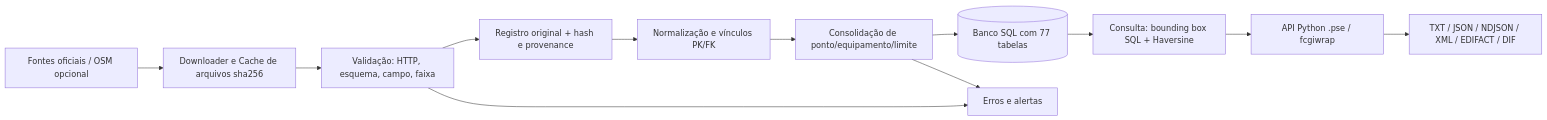
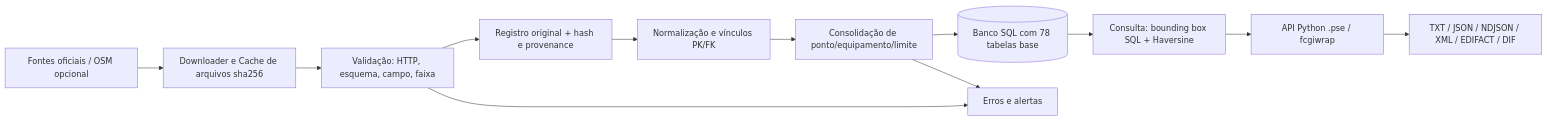
Before and after one commit to Challado/Bunda-de-Urso: the diagram in docs/DFD_MODELO.md, drawn with Mermaid. The commit also changed other lines of this file and 33 other files, not shown here.

````diff
--- a/docs/DFD_MODELO.md
+++ b/docs/DFD_MODELO.md
@@ -7,14 +7,14 @@
 ```mermaid
 flowchart LR
  F[Fontes oficiais / OSM opcional] --> D[Downloader e Cache de arquivos sha256]
  D --> V[Validação: HTTP, esquema, campo, faixa]
  V --> R[Registro original + hash e provenance]
  R --> N[Normalização e vínculos PK/FK]
  N --> U[Consolidação de ponto/equipamento/limite]
- U --> DB[(Banco SQL com 77 tabelas)]
+ U --> DB[(Banco SQL com 78 tabelas base)]
  DB --> Q[Consulta: bounding box SQL + Haversine]
  Q --> W[API Python .pse / fcgiwrap]
  W --> OUT[TXT / JSON / NDJSON / XML / EDIFACT / DIF]
  V --> ERR[Erros e alertas]
  U --> ERR
 ```
````
